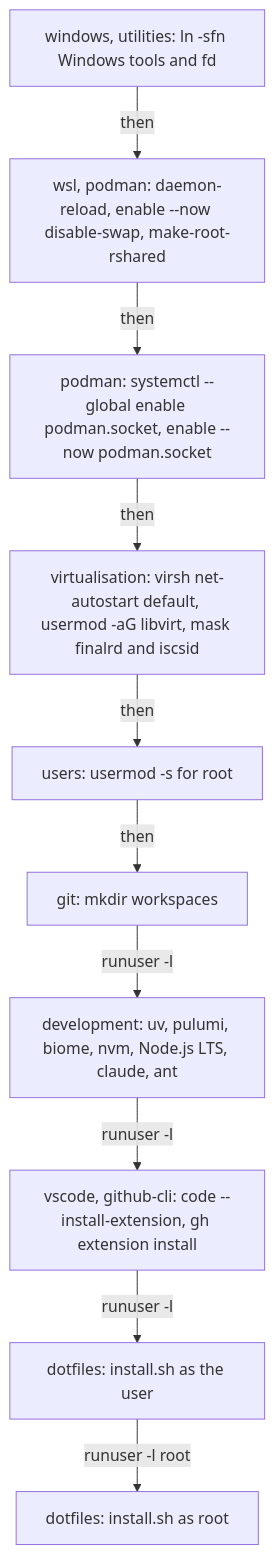
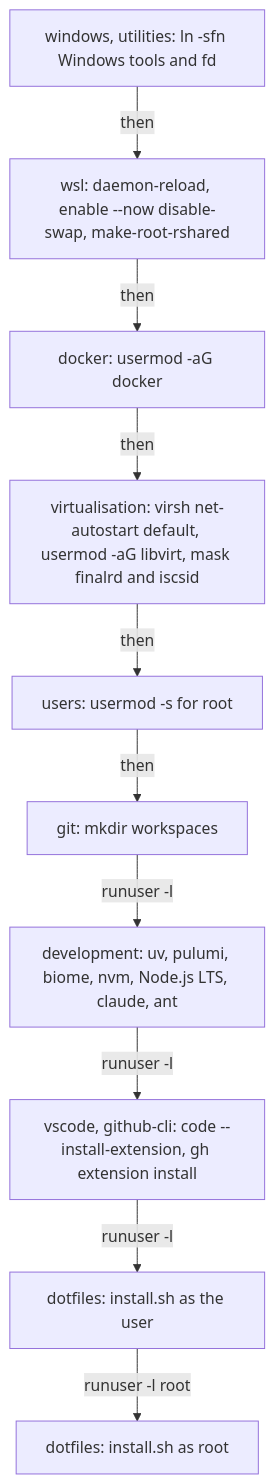
Before and after one commit to froazin/wsl: the third of 3 diagrams in docs/provisioning.md, drawn with Mermaid. The commit also changed other lines of this file and 9 other files, not shown here.

First line of the commit message:
feat(cloud-init)!: Install Docker Engine in place of podman (#18)

````diff
--- a/docs/provisioning.md
+++ b/docs/provisioning.md
@@ -105,14 +104,14 @@
 ```mermaid
 flowchart TD
     accTitle: runcmd order
-    accDescr: runcmd runs the fragments' entries in the order of their numbers. It links the Windows tools and fd, enables the system units and the global podman socket, sets up libvirt and masks the iSCSI units, sets zsh for root, then makes the user's workspaces, installs their tools, Node.js and extensions and runs install.sh for the user and root.
-    links["windows, utilities: ln -sfn Windows tools and fd"] -->|then| units["wsl, podman: daemon-reload, enable --now disable-swap, make-root-rshared"]
-    units -->|then| global["podman: systemctl --global enable podman.socket, enable --now podman.socket"]
-    global -->|then| virsh["virtualisation: virsh net-autostart default, usermod -aG libvirt, mask finalrd and iscsid"]
+    accDescr: runcmd runs the fragments' entries in the order of their numbers. It links the Windows tools and fd, enables the system units, adds the user to the docker group, sets up libvirt and masks the iSCSI units, sets zsh for root, then makes the user's workspaces, installs their tools, Node.js and extensions and runs install.sh for the user and root.
+    links["windows, utilities: ln -sfn Windows tools and fd"] -->|then| units["wsl: daemon-reload, enable --now disable-swap, make-root-rshared"]
+    units -->|then| docker["docker: usermod -aG docker"]
+    docker -->|then| virsh["virtualisation: virsh net-autostart default, usermod -aG libvirt, mask finalrd and iscsid"]
     virsh -->|then| shells["users: usermod -s for root"]
     shells -->|then| prep["git: mkdir workspaces"]
     prep -->|runuser -l| tools["development: uv, pulumi, biome, nvm, Node.js LTS, claude, ant"]
     tools -->|runuser -l| ext["vscode, github-cli: code --install-extension, gh extension install"]
     ext -->|runuser -l| userinstall["dotfiles: install.sh as the user"]
     userinstall -->|runuser -l root| rootinstall["dotfiles: install.sh as root"]
 ```
````
